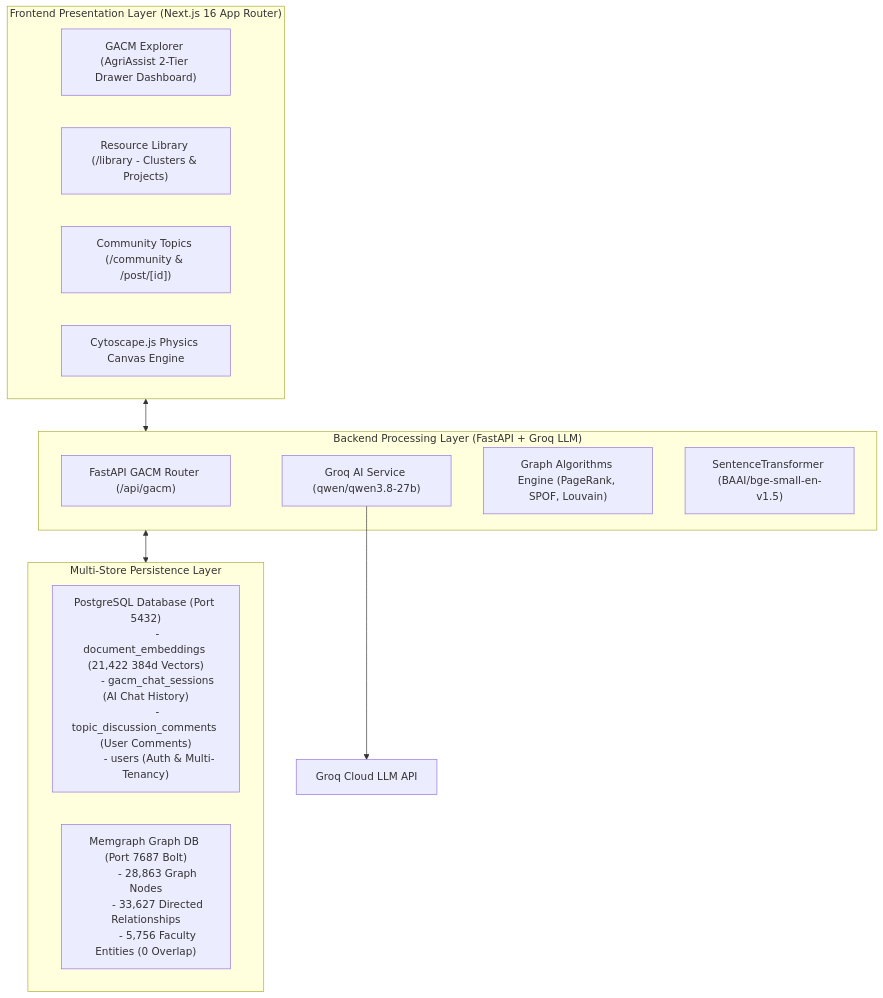
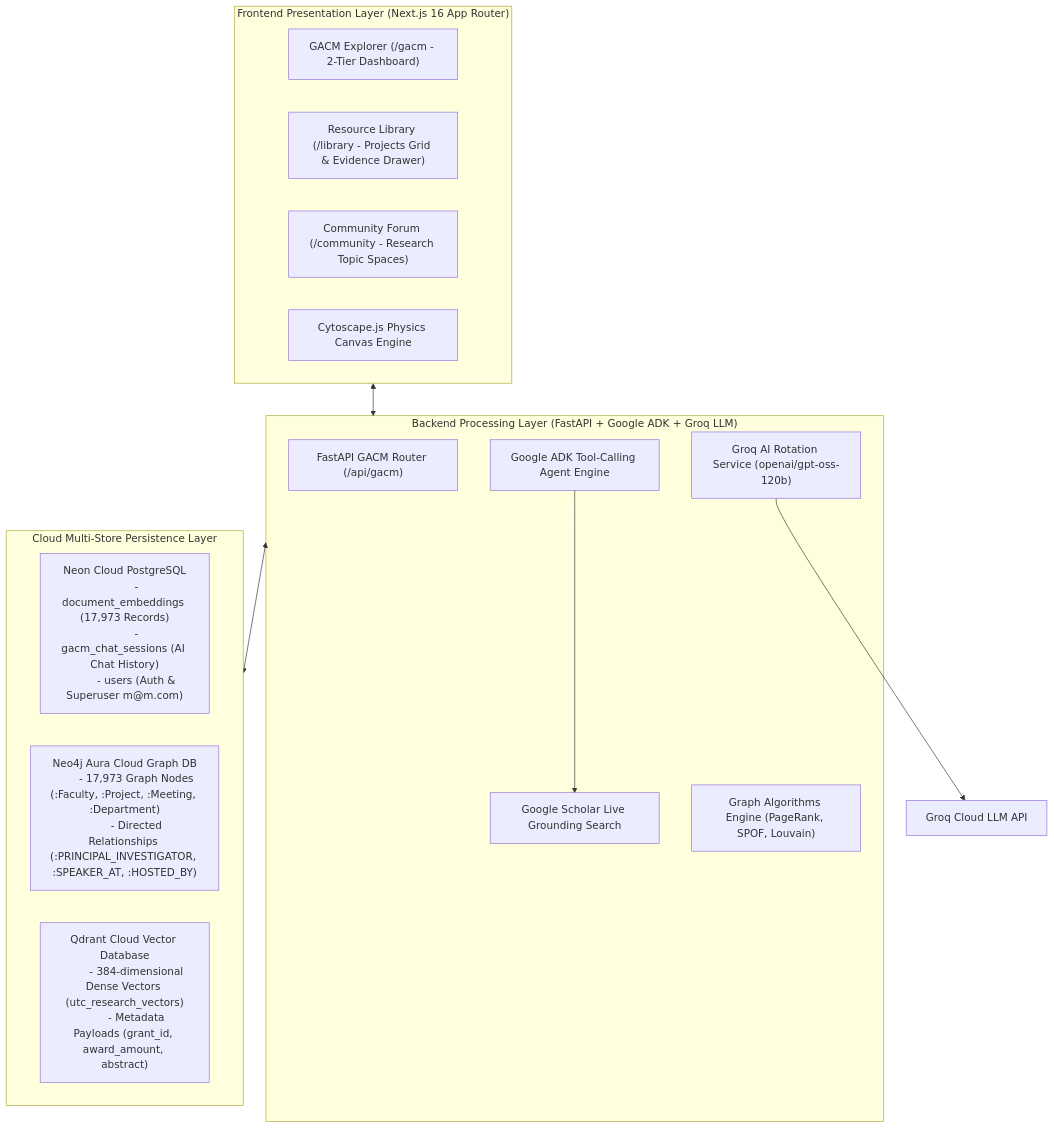
Before and after one commit to byramnarayan/memoryProject: the diagram in architecture/ARCHITECTURE.md, drawn with Mermaid. The commit also changed other lines of this file and 1 other file, not shown here.

Commit message:
Update architecture documentation with Google ADK tool calling and cloud multi-store persistence

````diff
--- a/architecture/ARCHITECTURE.md
+++ b/architecture/ARCHITECTURE.md
@@ -10,33 +10,37 @@
 ```mermaid
 graph TD
     subgraph Client ["Frontend Presentation Layer (Next.js 16 App Router)"]
-        UI_EXPLORER["GACM Explorer (AgriAssist 2-Tier Drawer Dashboard)"]
-        UI_LIBRARY["Resource Library (/library - Clusters & Projects)"]
-        UI_COMMUNITY["Community Topics (/community & /post/[id])"]
+        UI_EXPLORER["GACM Explorer (/gacm - 2-Tier Dashboard)"]
+        UI_LIBRARY["Resource Library (/library - Projects Grid & Evidence Drawer)"]
+        UI_COMMUNITY["Community Forum (/community - Research Topic Spaces)"]
         CYTOSCAPE["Cytoscape.js Physics Canvas Engine"]
     end
 
-    subgraph Backend ["Backend Processing Layer (FastAPI + Groq LLM)"]
+    subgraph Backend ["Backend Processing Layer (FastAPI + Google ADK + Groq LLM)"]
         ROUTER_GACM["FastAPI GACM Router (/api/gacm)"]
-        GROQ_SERVICE["Groq AI Service (qwen/qwen3.8-27b)"]
+        GOOGLE_ADK["Google ADK Tool-Calling Agent Engine"]
+        GROQ_SERVICE["Groq AI Rotation Service (openai/gpt-oss-120b)"]
+        SCHOLAR_SEARCH["Google Scholar Live Grounding Search"]
         ALGO_ENGINE["Graph Algorithms Engine (PageRank, SPOF, Louvain)"]
-        EMBED_MODEL["SentenceTransformer (BAAI/bge-small-en-v1.5)"]
     end
 
-    subgraph Storage ["Multi-Store Persistence Layer"]
-        PG["PostgreSQL Database (Port 5432)
-        - document_embeddings (21,422 384d Vectors)
+    subgraph CloudStorage ["Cloud Multi-Store Persistence Layer"]
+        NEON_PG["Neon Cloud PostgreSQL
+        - document_embeddings (17,973 Records)
         - gacm_chat_sessions (AI Chat History)
-        - topic_discussion_comments (User Comments)
-        - users (Auth & Multi-Tenancy)"]
+        - users (Auth & Superuser m@m.com)"]
         
-        MEMGRAPH["Memgraph Graph DB (Port 7687 Bolt)
-        - 28,863 Graph Nodes
-        - 33,627 Directed Relationships
-        - 5,756 Faculty Entities (0 Overlap)"]
+        NEO4J_CLOUD["Neo4j Aura Cloud Graph DB
+        - 17,973 Graph Nodes (:Faculty, :Project, :Meeting, :Department)
+        - Directed Relationships (:PRINCIPAL_INVESTIGATOR, :SPEAKER_AT, :HOSTED_BY)"]
+
+        QDRANT_CLOUD["Qdrant Cloud Vector Database
+        - 384-dimensional Dense Vectors (utc_research_vectors)
+        - Metadata Payloads (grant_id, award_amount, abstract)"]
     end
 
     Client <--> Backend
-    Backend <--> Storage
+    Backend <--> CloudStorage
+    GOOGLE_ADK --> SCHOLAR_SEARCH
     GROQ_SERVICE --> GroqAPI["Groq Cloud LLM API"]
 ```
````
